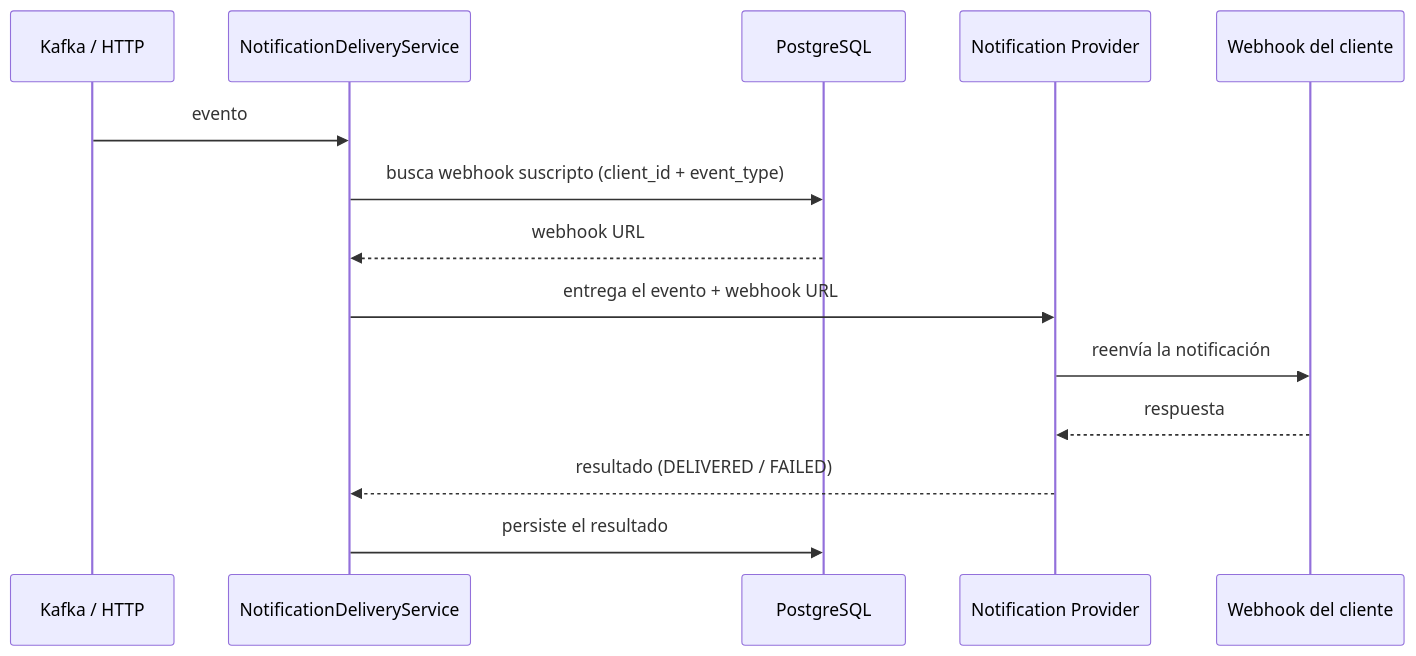
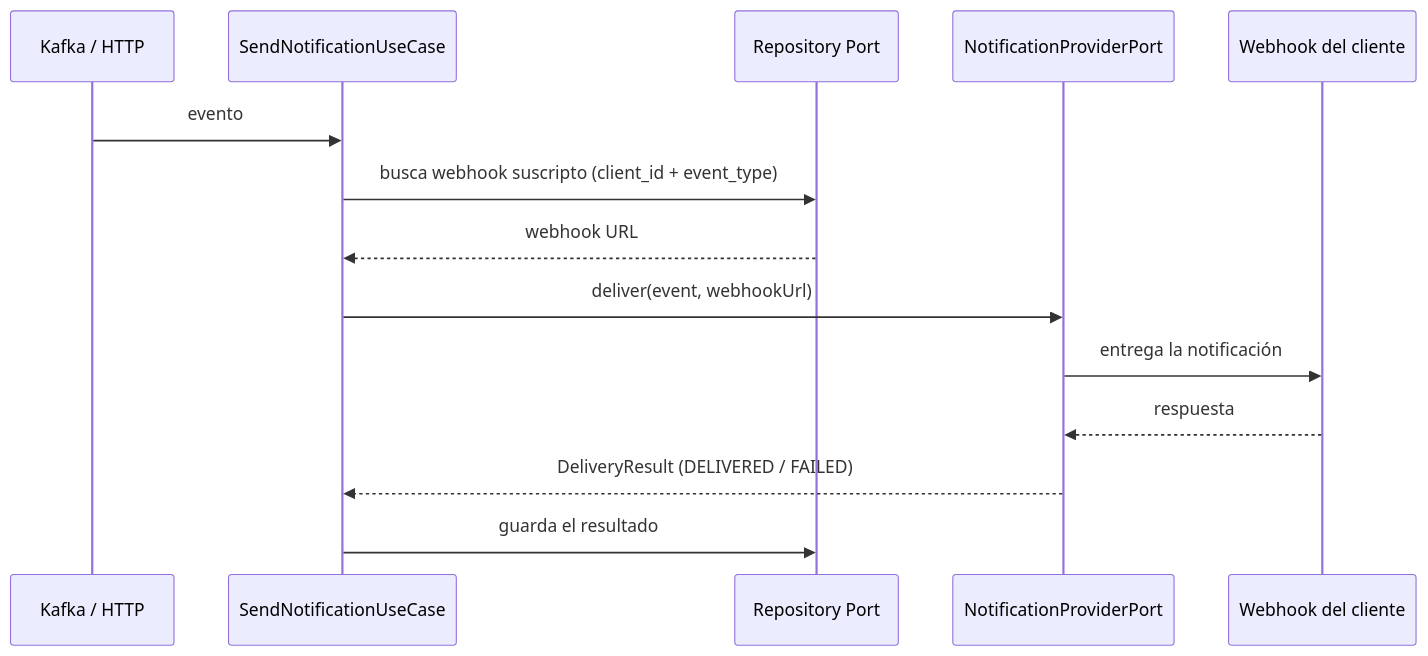
The second of 2 diagrams in README.md (mlpaz/cobre-challenge), drawn with Mermaid before and after one commit. The commit also changed other lines of this file and 37 other files, not shown here.

````diff
--- a/README.md
+++ b/README.md
@@ -66,17 +66,17 @@
 ```mermaid
 sequenceDiagram
     participant Origen as Kafka / HTTP
-    participant Service as NotificationDeliveryService
-    participant DB as PostgreSQL
-    participant Provider as Notification Provider
+    participant UseCase as SendNotificationUseCase
+    participant Repo as Repository Port
+    participant Provider as NotificationProviderPort
     participant Webhook as Webhook del cliente
 
-    Origen->>Service: evento
-    Service->>DB: busca webhook suscripto (client_id + event_type)
-    DB-->>Service: webhook URL
-    Service->>Provider: entrega el evento + webhook URL
-    Provider->>Webhook: reenvía la notificación
+    Origen->>UseCase: evento
+    UseCase->>Repo: busca webhook suscripto (client_id + event_type)
+    Repo-->>UseCase: webhook URL
+    UseCase->>Provider: deliver(event, webhookUrl)
+    Provider->>Webhook: entrega la notificación
     Webhook-->>Provider: respuesta
-    Provider-->>Service: resultado (DELIVERED / FAILED)
-    Service->>DB: persiste el resultado
+    Provider-->>UseCase: DeliveryResult (DELIVERED / FAILED)
+    UseCase->>Repo: guarda el resultado
 ```
````
